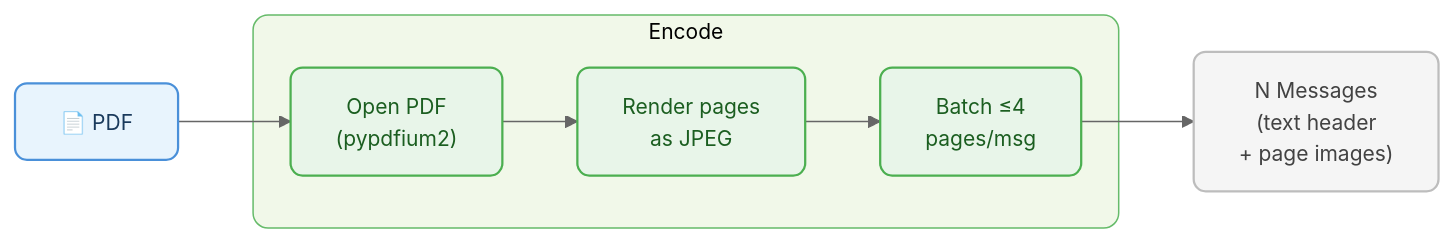
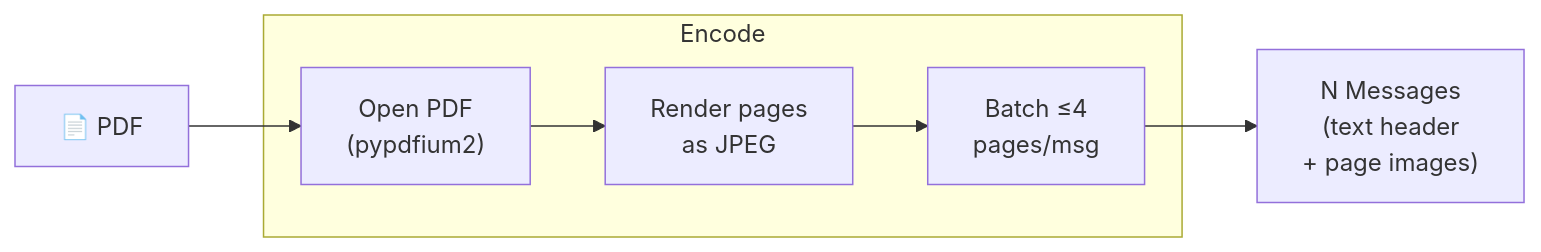
One commit to vlm-run/mm changed diagram 14 of 17 in docs/ENCODERS.md. Above: the diagram before and after it, drawn with Mermaid. The commit also changed other lines of this file and 3 other files, not shown here.

````diff
--- a/docs/ENCODERS.md
+++ b/docs/ENCODERS.md
@@ -414,21 +322,14 @@
 ```mermaid
-%%{init: {'theme': 'base', 'themeVariables': { 'fontSize': '14px', 'primaryColor': '#e8f4fd', 'primaryBorderColor': '#4a90d9', 'lineColor': '#666'}}}%%
 graph LR
-  doc["📄 PDF"]:::input
+  doc["📄 PDF"]
 
   subgraph encode ["Encode"]
-    open["Open PDF\n(pypdfium2)"]:::encode
-    render["Render pages\nas JPEG"]:::encode
-    batch["Batch ≤4\npages/msg"]:::encode
+    open["Open PDF\n(pypdfium2)"]
+    render["Render pages\nas JPEG"]
+    batch["Batch ≤4\npages/msg"]
   end
 
-  msgs["N Messages\n(text header\n+ page images)"]:::output
+  msgs["N Messages\n(text header\n+ page images)"]
 
   doc --> open --> render --> batch --> msgs
-
-  classDef input fill:#e8f4fd,stroke:#4a90d9,stroke-width:1.5px,color:#1a3a5c,rx:8
-  classDef encode fill:#e8f5e9,stroke:#4caf50,stroke-width:1.5px,color:#1b5e20,rx:8
-  classDef output fill:#f5f5f5,stroke:#bdbdbd,stroke-width:1.5px,color:#424242,rx:8
-
-  style encode fill:#f1f8e9,stroke:#66bb6a,stroke-width:1px,rx:10
 ```
````
